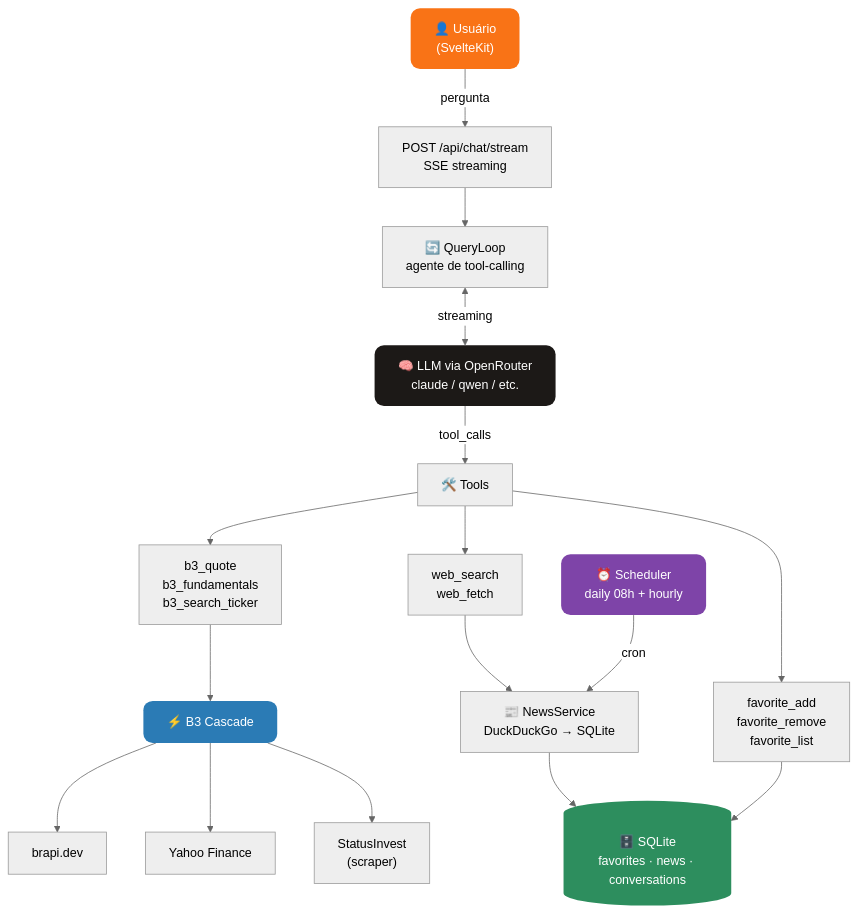
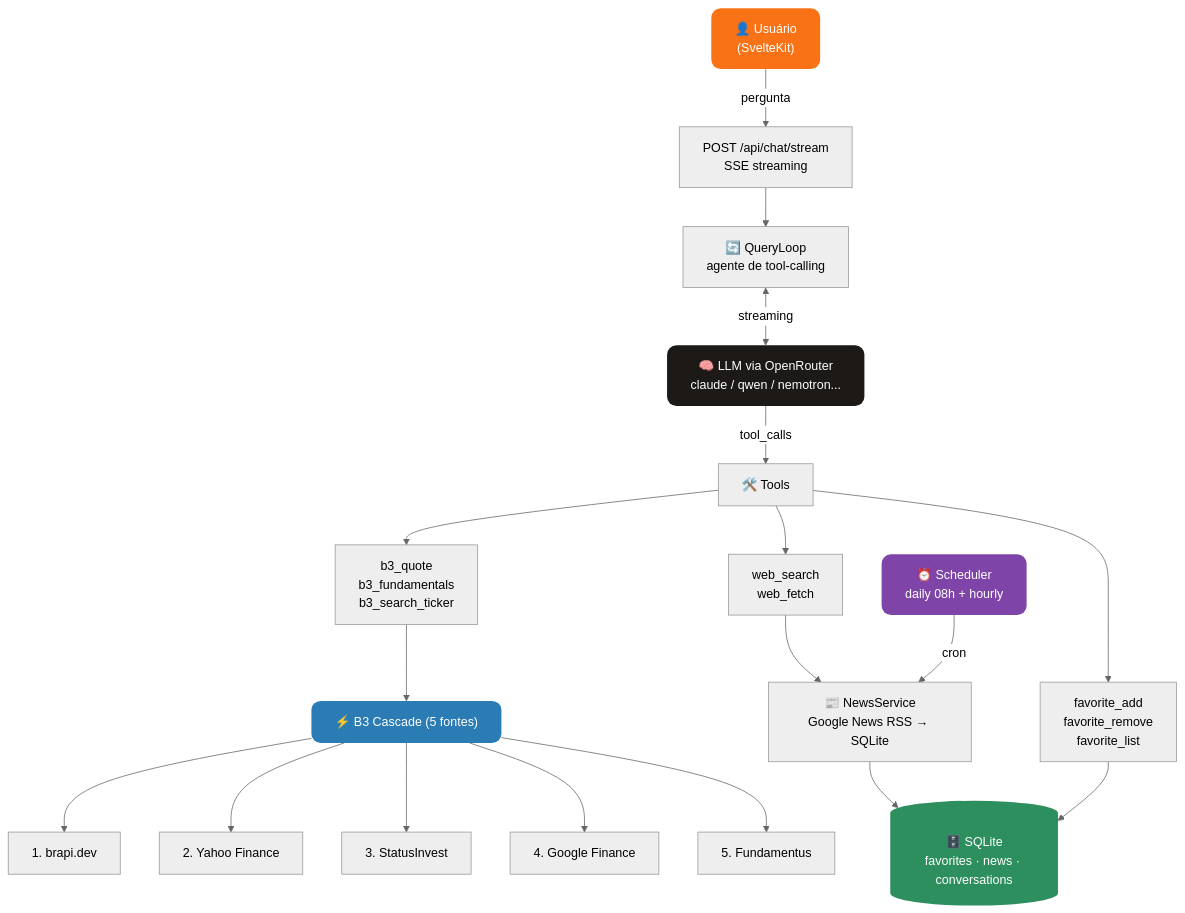
One commit to JohnPitter/genie changed the diagram in README.md. Above: the diagram before and after it, drawn with Mermaid (neutral theme). The commit also changed other lines of this file and 22 other files, not shown here.

First line of the commit message:
feat: cascade 5 fontes B3, design profissional, contexto agente

````diff
--- a/README.md
+++ b/README.md
@@ -46,39 +47,41 @@
 ```mermaid
 graph TD
     USER["👤 Usuário\n(SvelteKit)"]
     CHAT["POST /api/chat/stream\nSSE streaming"]
     LOOP["🔄 QueryLoop\nagente de tool-calling"]
-    LLM["🧠 LLM via OpenRouter\nclaude / qwen / etc."]
+    LLM["🧠 LLM via OpenRouter\nclaude / qwen / nemotron..."]
 
     TOOLS["🛠️ Tools"]
     QUOTE["b3_quote\nb3_fundamentals\nb3_search_ticker"]
     WEB["web_search\nweb_fetch"]
     FAVTOOLS["favorite_add\nfavorite_remove\nfavorite_list"]
 
-    CASCADE["⚡ B3 Cascade"]
-    BRAPI["brapi.dev"]
-    YFINANCE["Yahoo Finance"]
-    STATUSINVEST["StatusInvest\n(scraper)"]
+    CASCADE["⚡ B3 Cascade (5 fontes)"]
+    BRAPI["1. brapi.dev"]
+    YFINANCE["2. Yahoo Finance"]
+    STATUS["3. StatusInvest"]
+    GOOGLE["4. Google Finance"]
+    FUND["5. Fundamentus"]
 
-    NEWS["📰 NewsService\nDuckDuckGo → SQLite"]
+    NEWS["📰 NewsService\nGoogle News RSS → SQLite"]
     DB[("🗄️ SQLite\nfavorites · news · conversations")]
     SCHED["⏰ Scheduler\ndaily 08h + hourly"]
 
     USER -->|pergunta| CHAT
     CHAT --> LOOP
     LOOP <-->|streaming| LLM
     LLM -->|tool_calls| TOOLS
     TOOLS --> QUOTE & WEB & FAVTOOLS
     QUOTE --> CASCADE
-    CASCADE --> BRAPI & YFINANCE & STATUSINVEST
+    CASCADE --> BRAPI & YFINANCE & STATUS & GOOGLE & FUND
     WEB --> NEWS
     NEWS --> DB
     FAVTOOLS --> DB
     SCHED -->|cron| NEWS
 
     style USER fill:#F97316,color:#fff,stroke:none,rx:12
     style LLM fill:#1C1917,color:#fff,stroke:none,rx:12
     style CASCADE fill:#2B7BB5,color:#fff,stroke:none,rx:12
     style DB fill:#2D8E5E,color:#fff,stroke:none,rx:12
     style SCHED fill:#7E44A8,color:#fff,stroke:none,rx:12
 ```
````
